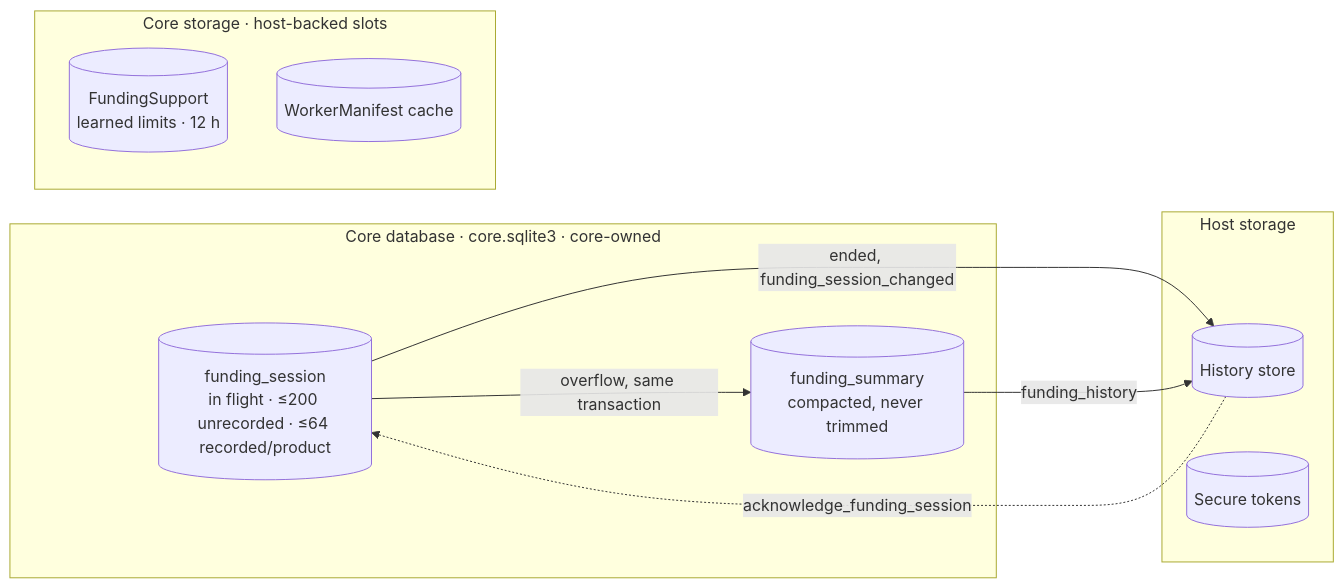
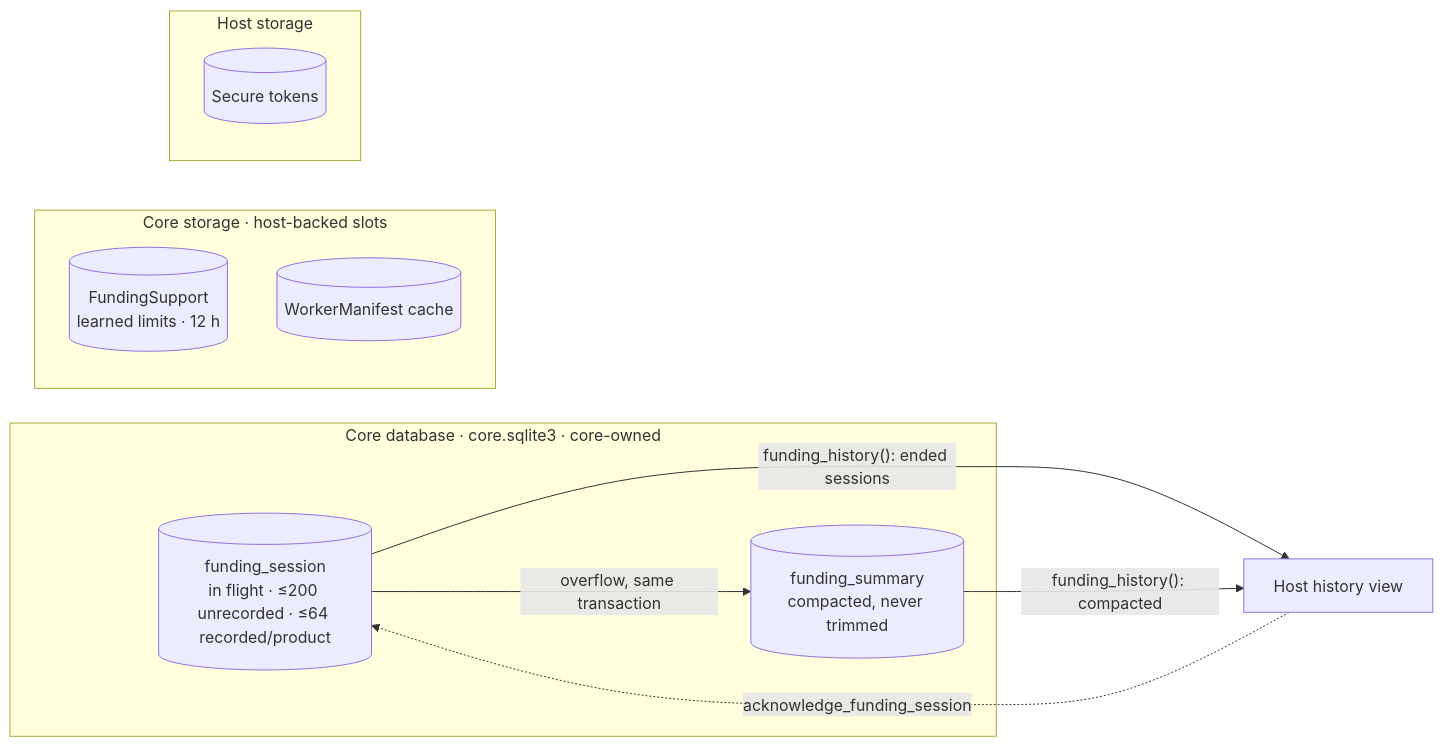
The seventh of 9 diagrams in docs/design/funding-modality.md (paritytech/trinity-user-agents), drawn with Mermaid before and after one commit. The commit also changed other lines of this file, not shown here.

Commit message:
docs(funding): history read from the core, worker crash restart, providers close their screens

````diff
--- a/docs/design/funding-modality.md
+++ b/docs/design/funding-modality.md
@@ -206,19 +219,19 @@
 ```mermaid
 flowchart LR
   subgraph db["Core database · core.sqlite3 · core-owned"]
     s[(funding_session<br/>in flight · ≤200 unrecorded · ≤64 recorded/product)]
     k[(funding_summary<br/>compacted, never trimmed)]
   end
   subgraph kv["Core storage · host-backed slots"]
     l[(FundingSupport<br/>learned limits · 12 h)]
     m[(WorkerManifest cache)]
   end
   subgraph host["Host storage"]
-    h[(History store)]
     t[(Secure tokens)]
   end
+  hv["Host history view"]
   s -- overflow, same transaction --> k
-  s -- ended, funding_session_changed --> h
-  h -. acknowledge_funding_session .-> s
-  k -- funding_history --> h
+  s -- "funding_history(): ended sessions" --> hv
+  k -- "funding_history(): compacted" --> hv
+  hv -. acknowledge_funding_session .-> s
 ```
````
